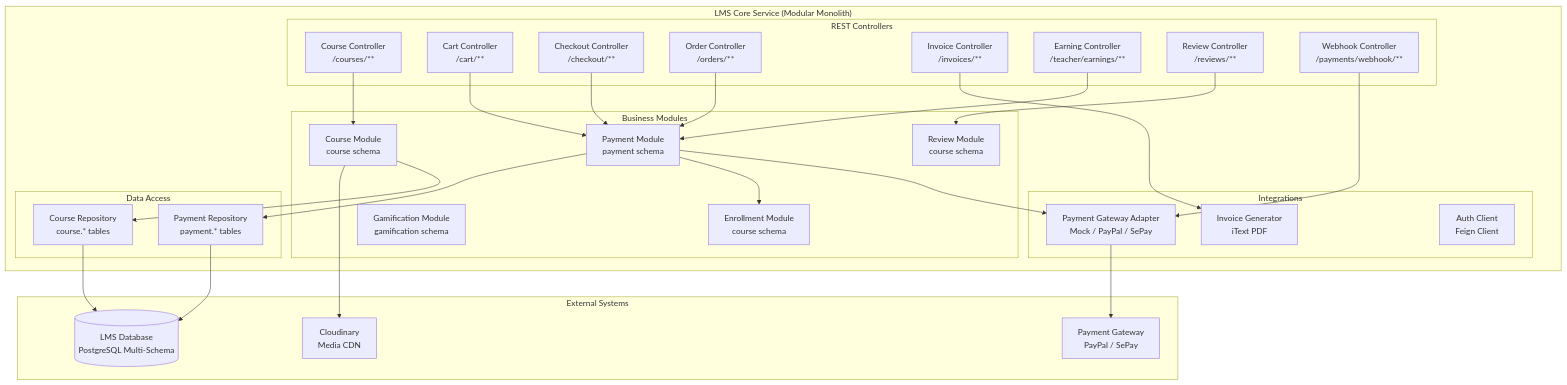
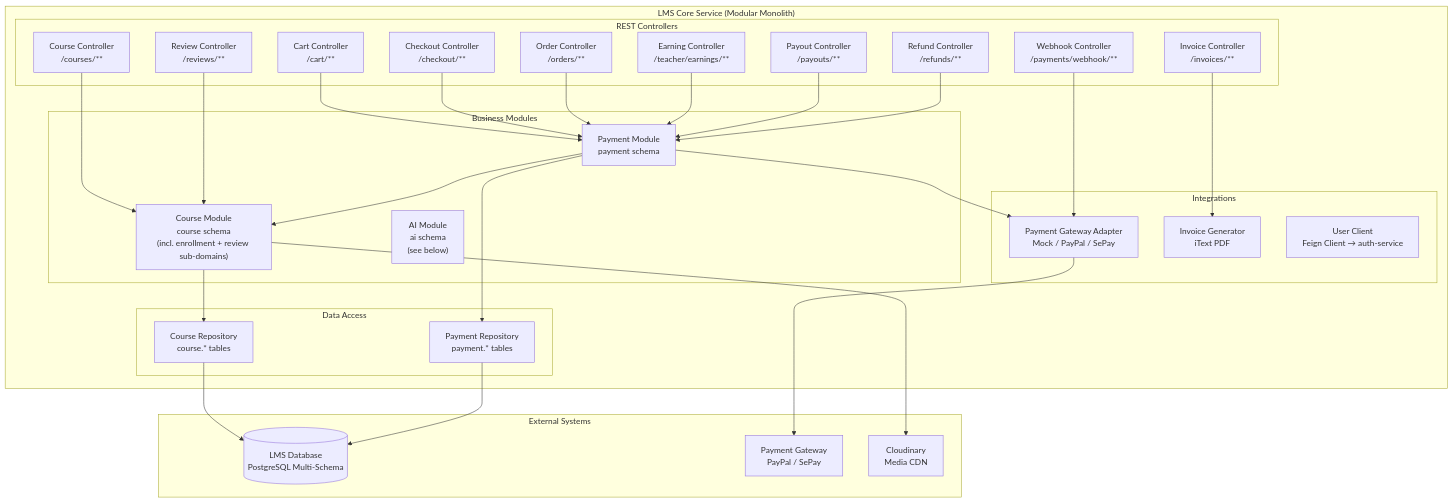
Before and after one commit to HuuLocFIT/EduMind: the second of 3 diagrams in docs/architecture/c4-components.md, drawn with Mermaid. The commit also changed other lines of this file and 17 other files, not shown here.

````diff
--- a/docs/architecture/c4-components.md
+++ b/docs/architecture/c4-components.md
@@ -81,59 +81,61 @@
 ```mermaid
 flowchart TB
     subgraph LMSCore["LMS Core Service (Modular Monolith)"]
         subgraph Modules["Business Modules"]
-            CourseM["Course Module<br/>course schema"]
-            EnrollM["Enrollment Module<br/>course schema"]
-            ReviewM["Review Module<br/>course schema"]
+            CourseM["Course Module<br/>course schema<br/>(incl. enrollment + review sub-domains)"]
             PaymentM["Payment Module<br/>payment schema"]
-            GamifyM["Gamification Module<br/>gamification schema"]
+            AiM["AI Module<br/>ai schema<br/>(see below)"]
         end
 
         subgraph Controllers["REST Controllers"]
             CourseCtrl["Course Controller<br/>/courses/**"]
             CartCtrl["Cart Controller<br/>/cart/**"]
             CheckoutCtrl["Checkout Controller<br/>/checkout/**"]
             OrderCtrl["Order Controller<br/>/orders/**"]
             InvoiceCtrl["Invoice Controller<br/>/invoices/**"]
             EarningCtrl["Earning Controller<br/>/teacher/earnings/**"]
+            PayoutCtrl["Payout Controller<br/>/payouts/**"]
+            RefundCtrl["Refund Controller<br/>/refunds/**"]
             ReviewCtrl["Review Controller<br/>/reviews/**"]
             WebhookCtrl["Webhook Controller<br/>/payments/webhook/**"]
         end
 
         subgraph Integrations["Integrations"]
             PayGateway["Payment Gateway Adapter<br/>Mock / PayPal / SePay"]
             InvoiceGen["Invoice Generator<br/>iText PDF"]
-            AuthClient["Auth Client<br/>Feign Client"]
+            UserClient["User Client<br/>Feign Client → auth-service"]
         end
 
         subgraph Repos["Data Access"]
             CourseRepo["Course Repository<br/>course.* tables"]
             PaymentRepo["Payment Repository<br/>payment.* tables"]
         end
     end
 
     subgraph External["External Systems"]
         LMSDB[(LMS Database<br/>PostgreSQL Multi-Schema)]
         PaymentGW["Payment Gateway<br/>PayPal / SePay"]
         Cloud["Cloudinary<br/>Media CDN"]
     end
 
     CourseCtrl --> CourseM
     CartCtrl --> PaymentM
     CheckoutCtrl --> PaymentM
     OrderCtrl --> PaymentM
     InvoiceCtrl --> InvoiceGen
     EarningCtrl --> PaymentM
-    ReviewCtrl --> ReviewM
+    PayoutCtrl --> PaymentM
+    RefundCtrl --> PaymentM
+    ReviewCtrl --> CourseM
     WebhookCtrl --> PayGateway
 
     PaymentM --> PayGateway
-    PaymentM --> EnrollM
+    PaymentM --> CourseM
     PayGateway --> PaymentGW
 
     CourseM --> CourseRepo
     PaymentM --> PaymentRepo
     CourseRepo --> LMSDB
     PaymentRepo --> LMSDB
     CourseM --> Cloud
 ```
````
